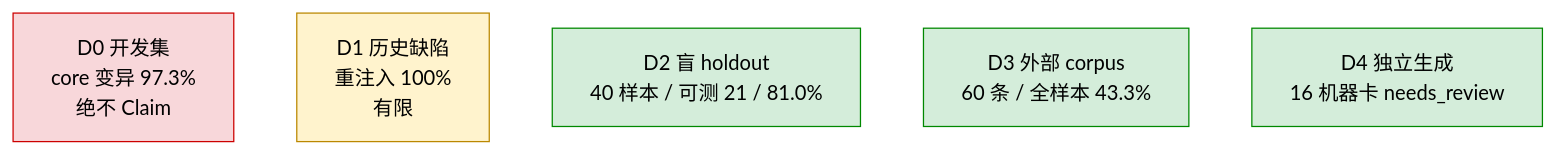
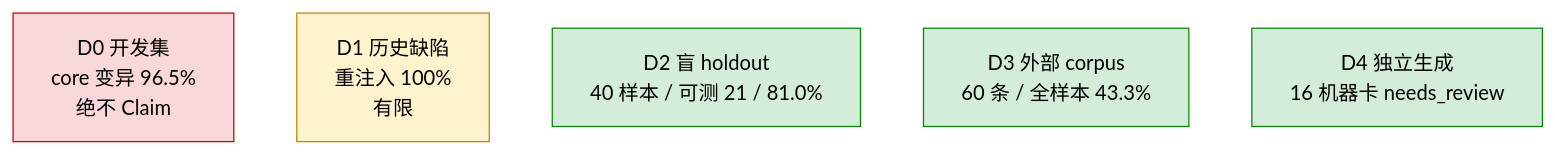
The second of 4 diagrams in research/paper_v0.9.md (LiaoRanran/CPP-Bible), drawn with Mermaid before and after one commit. The commit also changed other lines of this file and 35 other files, not shown here.

````diff
--- a/research/paper_v0.9.md
+++ b/research/paper_v0.9.md
@@ -244,11 +244,11 @@
 ```mermaid
 flowchart TD
-    D0["D0 开发集<br/>core 变异 97.3%<br/>绝不 Claim"]:::red
+    D0["D0 开发集<br/>core 变异 96.5%<br/>绝不 Claim"]:::red
     D1["D1 历史缺陷<br/>重注入 100%<br/>有限"]:::yellow
     D2["D2 盲 holdout<br/>40 样本 / 可测 21 / 81.0%"]:::green
     D3["D3 外部 corpus<br/>60 条 / 全样本 43.3%"]:::green
     D4["D4 独立生成<br/>16 机器卡 needs_review"]:::green
     classDef red fill:#f8d7da,stroke:#c00,color:#000
     classDef yellow fill:#fff3cd,stroke:#b80,color:#000
     classDef green fill:#d4edda,stroke:#080,color:#000
 ```
````
